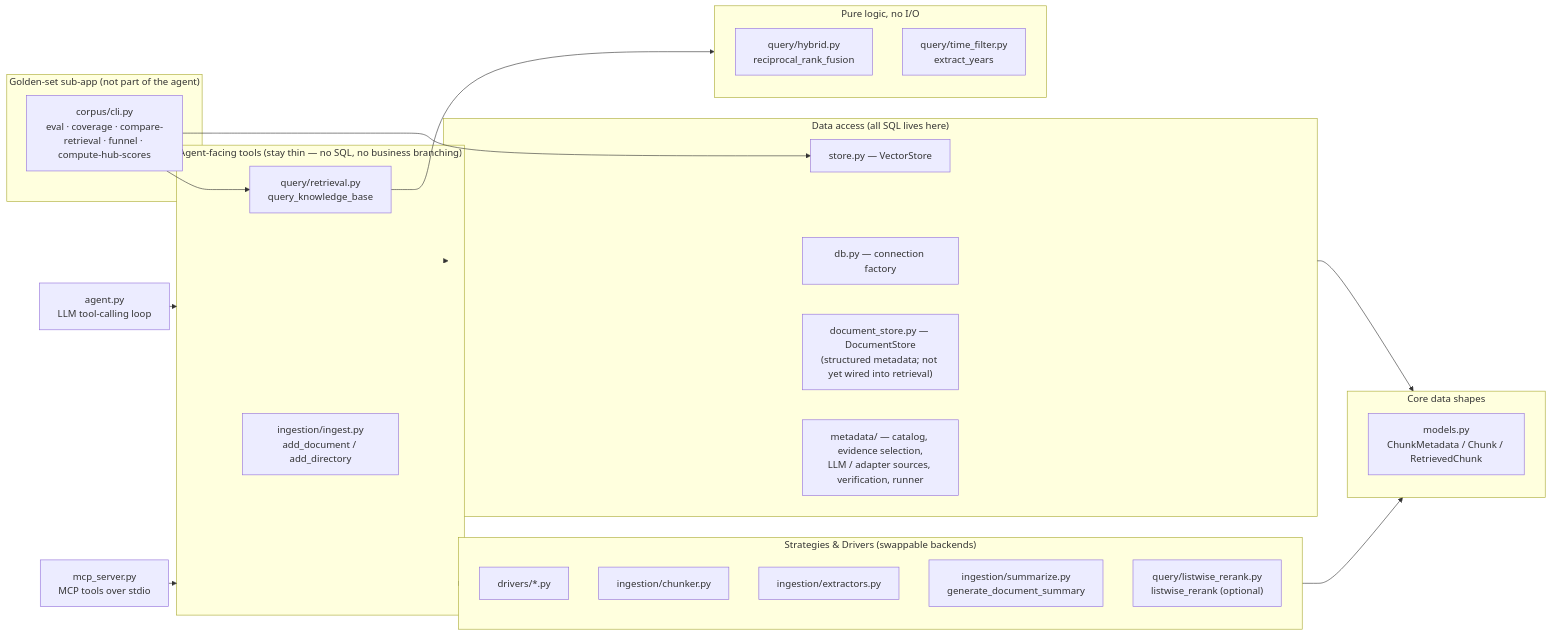
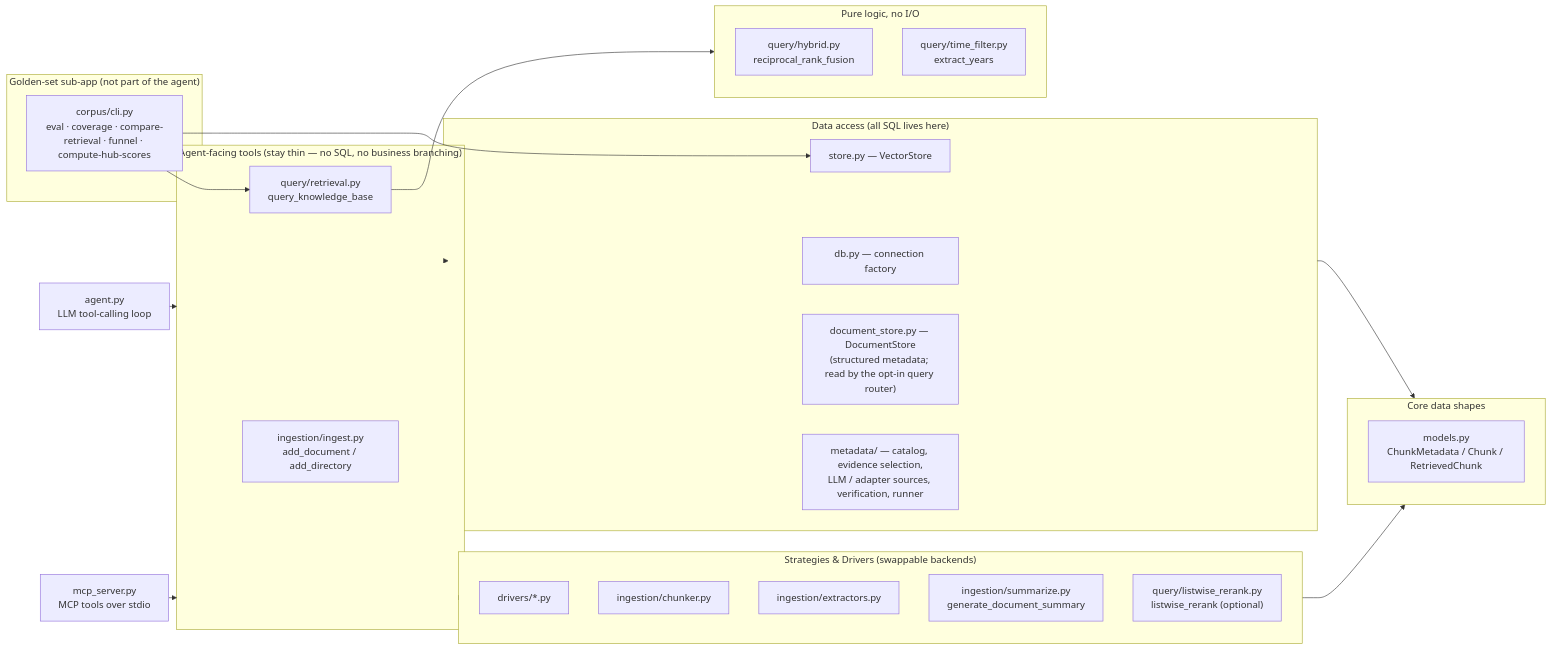
Before and after one commit to olythy/docs-agent: the third of 3 diagrams in docs/architecture.md, drawn with Mermaid. The commit also changed other lines of this file and 8 other files, not shown here.

First line of the commit message:
feat(query): add an opt-in router that answers count/list/sum questions exactly

````diff
--- a/docs/architecture.md
+++ b/docs/architecture.md
@@ -136,41 +137,41 @@
 ```mermaid
 flowchart LR
     subgraph Orchestrators["Agent-facing tools (stay thin — no SQL, no business branching)"]
         ingest["ingestion/ingest.py<br/>add_document / add_directory"]
         retrieval["query/retrieval.py<br/>query_knowledge_base"]
     end
     subgraph Strategies["Strategies & Drivers (swappable backends)"]
         drivers["drivers/*.py"]
         chunker["ingestion/chunker.py"]
         extractors["ingestion/extractors.py"]
         summarize["ingestion/summarize.py<br/>generate_document_summary"]
         listwise["query/listwise_rerank.py<br/>listwise_rerank (optional)"]
     end
     subgraph DataAccess["Data access (all SQL lives here)"]
         db["db.py — connection factory"]
         store["store.py — VectorStore"]
-        docstore["document_store.py — DocumentStore<br/>(structured metadata; not yet wired into retrieval)"]
+        docstore["document_store.py — DocumentStore<br/>(structured metadata; read by the opt-in query router)"]
         metadata["metadata/ — catalog, evidence selection,<br/>LLM / adapter sources, verification, runner"]
     end
     subgraph Shapes["Core data shapes"]
         models["models.py<br/>ChunkMetadata / Chunk / RetrievedChunk"]
     end
     subgraph Fusion["Pure logic, no I/O"]
         hybrid["query/hybrid.py<br/>reciprocal_rank_fusion"]
         timefilter["query/time_filter.py<br/>extract_years"]
     end
     subgraph Measuring["Golden-set sub-app (not part of the agent)"]
         corpus["corpus/cli.py<br/>eval · coverage · compare-retrieval · funnel · compute-hub-scores"]
     end
 
     Orchestrators --> Strategies
     Orchestrators --> DataAccess
     Strategies --> Shapes
     DataAccess --> Shapes
     retrieval --> Fusion
     corpus --> retrieval
     corpus --> store
 
     agent["agent.py<br/>LLM tool-calling loop"] --> Orchestrators
     mcp["mcp_server.py<br/>MCP tools over stdio"] --> Orchestrators
 ```
````
